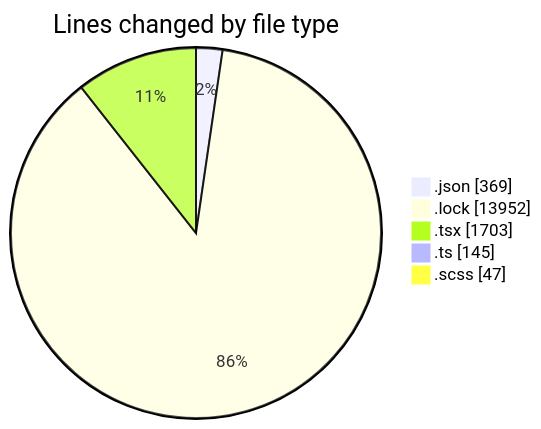
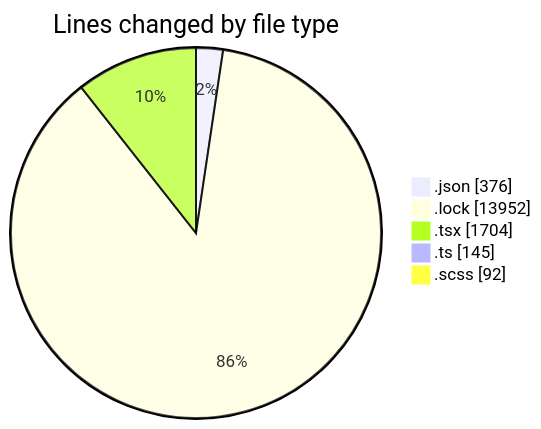
One commit to momahboobian/code-tracking changed the first of 2 diagrams in 2026-05-14/cda/README.md. Above: the diagram before and after it, drawn with Mermaid. The commit also changed other lines of this file and 1 other file, not shown here.

````diff
--- a/2026-05-14/cda/README.md
+++ b/2026-05-14/cda/README.md
@@ -33,9 +34,9 @@
 ```mermaid
 pie showData
 title Lines changed by file type
-".json" : 369
+".json" : 376
 ".lock" : 13952
-".tsx" : 1703
+".tsx" : 1704
 ".ts" : 145
-".scss" : 47
+".scss" : 92
 ```
````
